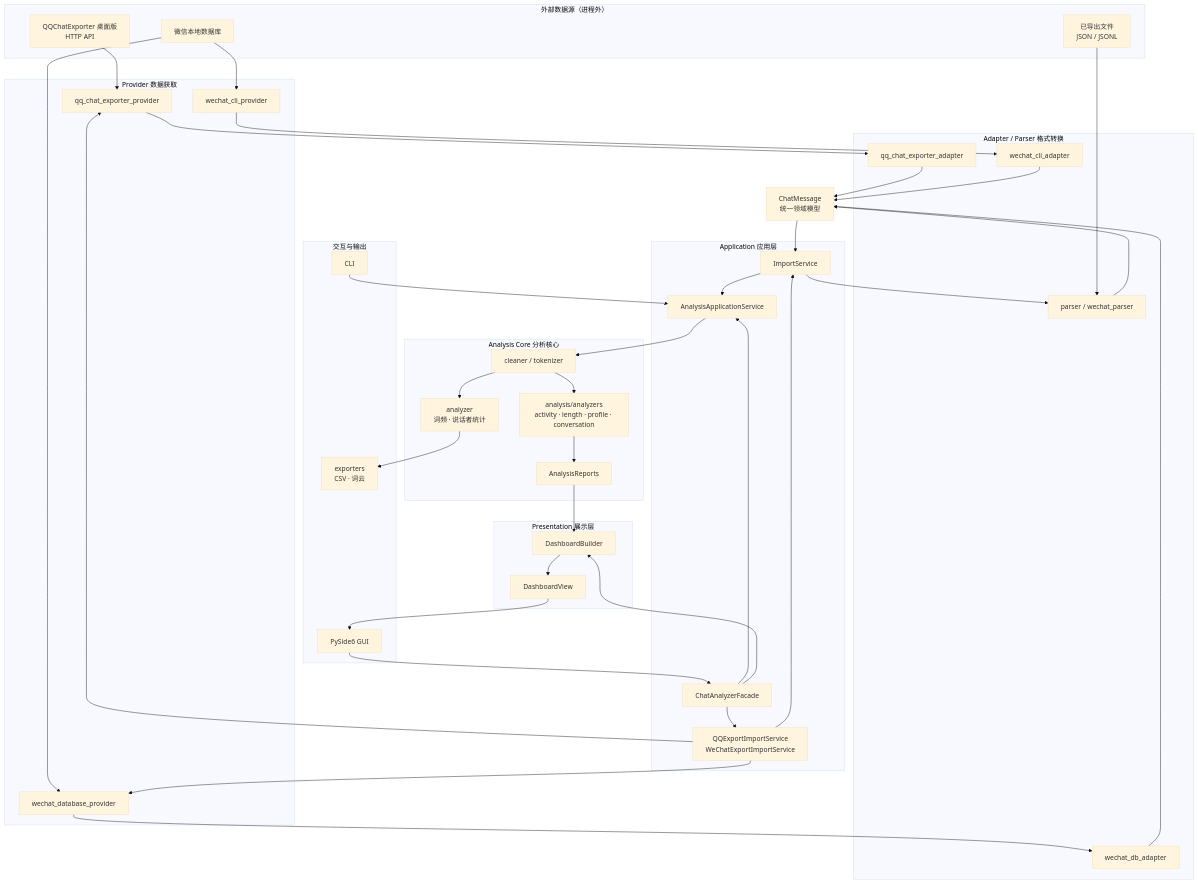
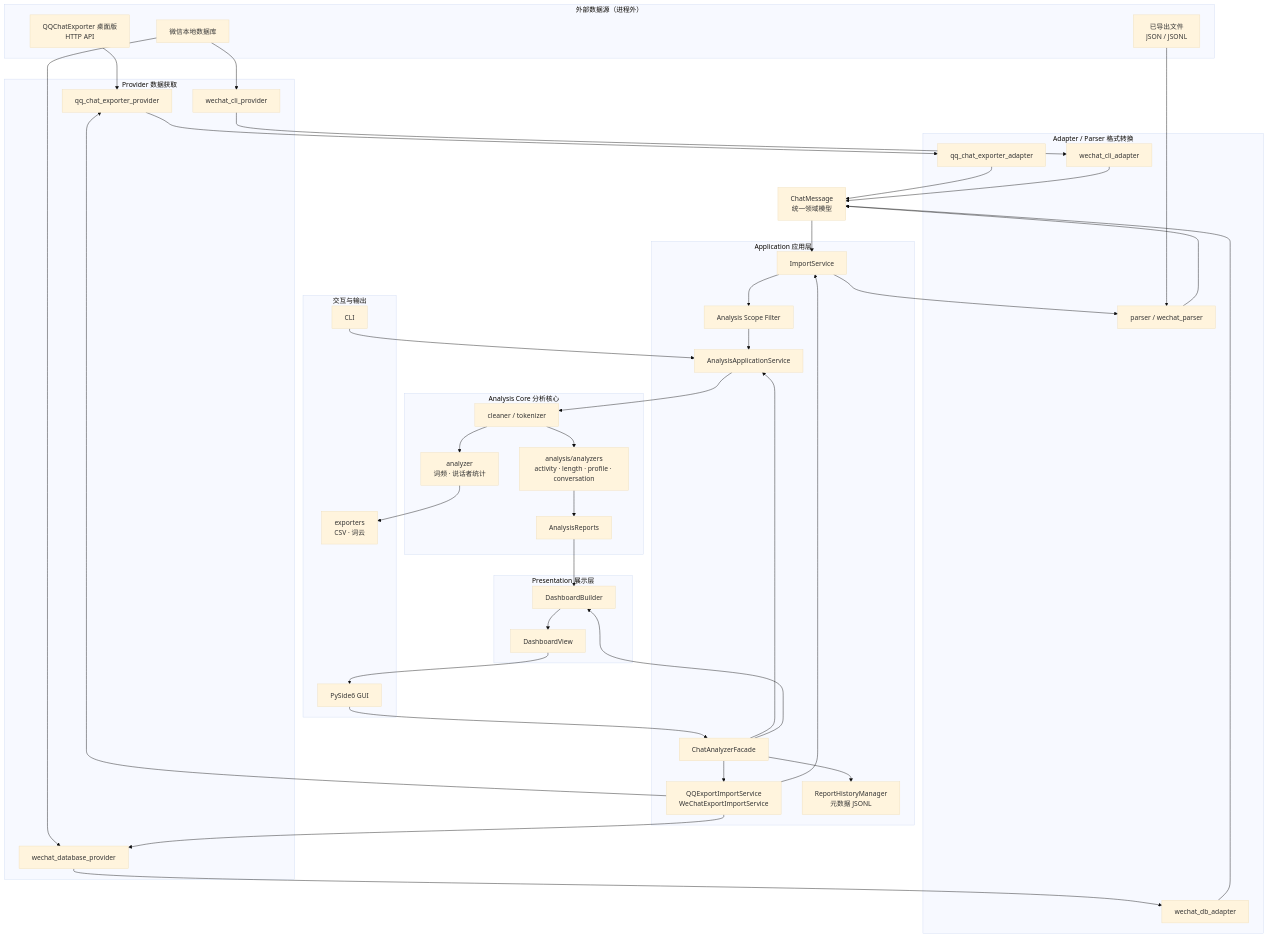
The diagram in ARCHITECTURE.md (lingmeng-658/echo-chat-analyzer), drawn with Mermaid (base theme) before and after one commit. The commit also changed other lines of this file and 26 other files, not shown here.

Commit message:
feat: add analysis scope history and data snapshot management

````diff
--- a/ARCHITECTURE.md
+++ b/ARCHITECTURE.md
@@ -33,71 +33,74 @@
 ```mermaid
 flowchart TD
     subgraph EXT["外部数据源（进程外）"]
         QCE["QQChatExporter 桌面版<br/>HTTP API"]
         WXAPP["微信本地数据库"]
         FILE["已导出文件<br/>JSON / JSONL"]
     end
 
     subgraph ACQ["Provider 数据获取"]
         PQQ["qq_chat_exporter_provider"]
         PWXDB["wechat_database_provider"]
         PWXCLI["wechat_cli_provider"]
     end
 
     subgraph ADP["Adapter / Parser 格式转换"]
         AQQ["qq_chat_exporter_adapter"]
         AWXDB["wechat_db_adapter"]
         AWXCLI["wechat_cli_adapter"]
         PARSER["parser / wechat_parser"]
     end
 
     MSG["ChatMessage<br/>统一领域模型"]
 
     subgraph APP["Application 应用层"]
         IMPORT["ImportService"]
+        SCOPE["Analysis Scope Filter"]
         ORCH["QQExportImportService<br/>WeChatExportImportService"]
         SVC["AnalysisApplicationService"]
         FACADE["ChatAnalyzerFacade"]
+        HISTORY["ReportHistoryManager<br/>元数据 JSONL"]
     end
 
     subgraph CORE["Analysis Core 分析核心"]
         CLEAN["cleaner / tokenizer"]
         LEGACY["analyzer<br/>词频 · 说话者统计"]
         V2["analysis/analyzers<br/>activity · length · profile · conversation"]
         REPORTS["AnalysisReports"]
     end
 
     subgraph PRES["Presentation 展示层"]
         BUILD["DashboardBuilder"]
         VIEW["DashboardView"]
     end
 
     subgraph UI["交互与输出"]
         GUI["PySide6 GUI"]
         CLI["CLI"]
         EXP["exporters<br/>CSV · 词云"]
     end
 
     QCE --> PQQ --> AQQ --> MSG
     WXAPP --> PWXDB --> AWXDB --> MSG
     WXAPP --> PWXCLI --> AWXCLI --> MSG
     FILE --> PARSER --> MSG
 
     ORCH --> PQQ
     ORCH --> PWXDB
     IMPORT --> PARSER
-    MSG --> IMPORT --> SVC
+    MSG --> IMPORT --> SCOPE --> SVC
     ORCH --> IMPORT
 
     SVC --> CLEAN --> LEGACY
     CLEAN --> V2 --> REPORTS
     LEGACY --> EXP
     REPORTS --> BUILD --> VIEW
 
     FACADE --> ORCH
     FACADE --> SVC
     FACADE --> BUILD
+    FACADE --> HISTORY
     GUI --> FACADE
     CLI --> SVC
     VIEW --> GUI
 ```
````
